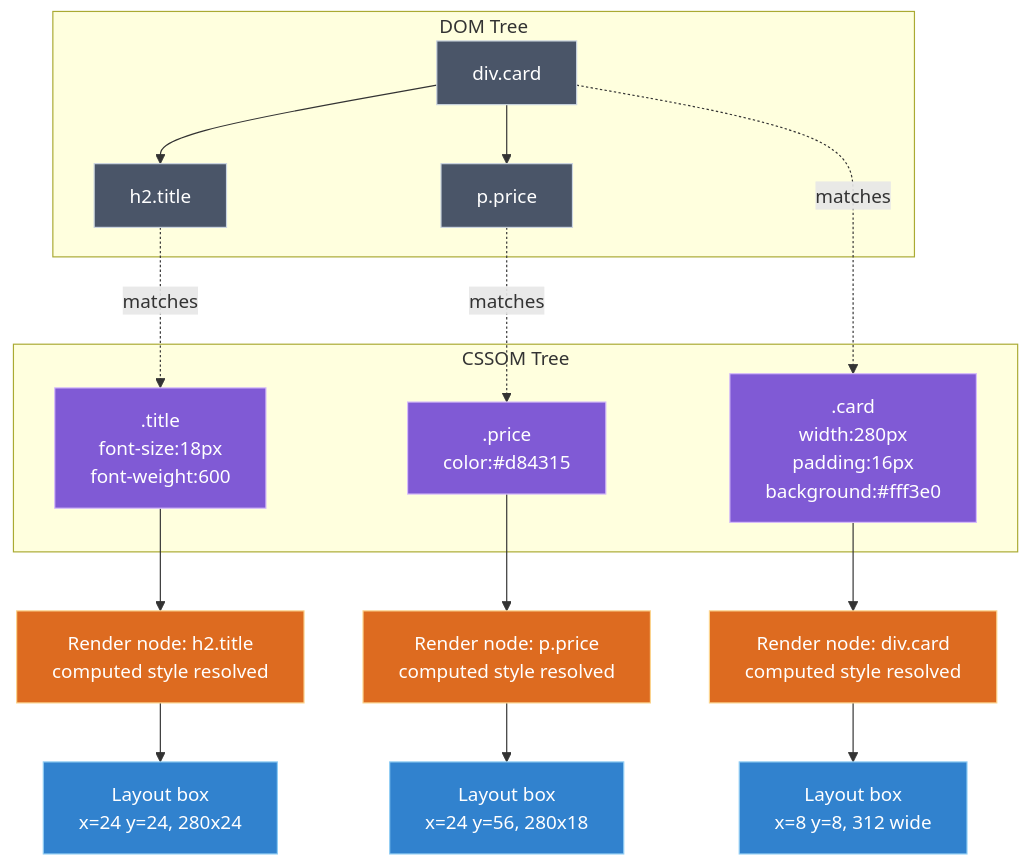
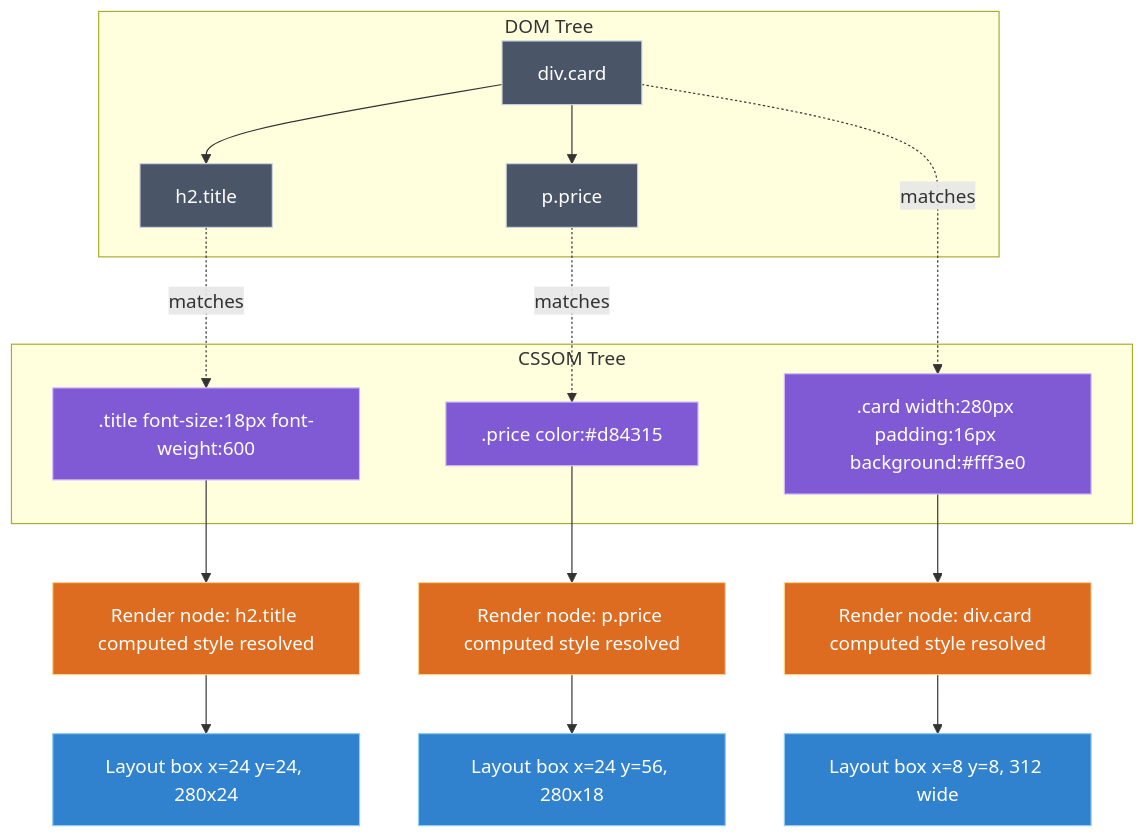
Before and after one commit to vinayakhumberi/litmus: the second of 3 diagrams in data/topics/browser-rendering-pipeline.md, drawn with Mermaid. The commit also changed other lines of this file and 68 other files, not shown here.

````diff
--- a/data/topics/browser-rendering-pipeline.md
+++ b/data/topics/browser-rendering-pipeline.md
@@ -150,35 +150,35 @@
 ```mermaid
 graph TD
     subgraph DOM["DOM Tree"]
         D1["div.card"] --> D2["h2.title"]
         D1 --> D3["p.price"]
     end
 
     subgraph CSSOM["CSSOM Tree"]
-        C1[".card<br>width:280px<br>padding:16px<br>background:#fff3e0"]
-        C2[".title<br>font-size:18px<br>font-weight:600"]
-        C3[".price<br>color:#d84315"]
+        C1[".card width:280px padding:16px background:#fff3e0"]
+        C2[".title font-size:18px font-weight:600"]
+        C3[".price color:#d84315"]
     end
 
     D1 -.->|"matches"| C1
     D2 -.->|"matches"| C2
     D3 -.->|"matches"| C3
 
-    C1 --> R1["Render node: div.card<br>computed style resolved"]
-    C2 --> R2["Render node: h2.title<br>computed style resolved"]
-    C3 --> R3["Render node: p.price<br>computed style resolved"]
+    C1 --> R1["Render node: div.card computed style resolved"]
+    C2 --> R2["Render node: h2.title computed style resolved"]
+    C3 --> R3["Render node: p.price computed style resolved"]
 
-    R1 --> L1["Layout box<br>x=8 y=8, 312 wide"]
-    R2 --> L2["Layout box<br>x=24 y=24, 280x24"]
-    R3 --> L3["Layout box<br>x=24 y=56, 280x18"]
+    R1 --> L1["Layout box x=8 y=8, 312 wide"]
+    R2 --> L2["Layout box x=24 y=24, 280x24"]
+    R3 --> L3["Layout box x=24 y=56, 280x18"]
 
     classDef domNode fill:#4a5568,stroke:#cbd5e0,color:#fff
     classDef cssomNode fill:#805ad5,stroke:#d6bcfa,color:#fff
     classDef renderNode fill:#dd6b20,stroke:#fbd38d,color:#fff
     classDef layoutNode fill:#3182ce,stroke:#90cdf4,color:#fff
 
     class D1,D2,D3 domNode
     class C1,C2,C3 cssomNode
     class R1,R2,R3 renderNode
     class L1,L2,L3 layoutNode
 ```
````
